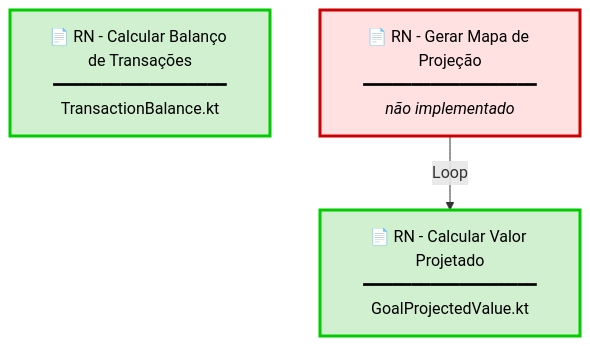
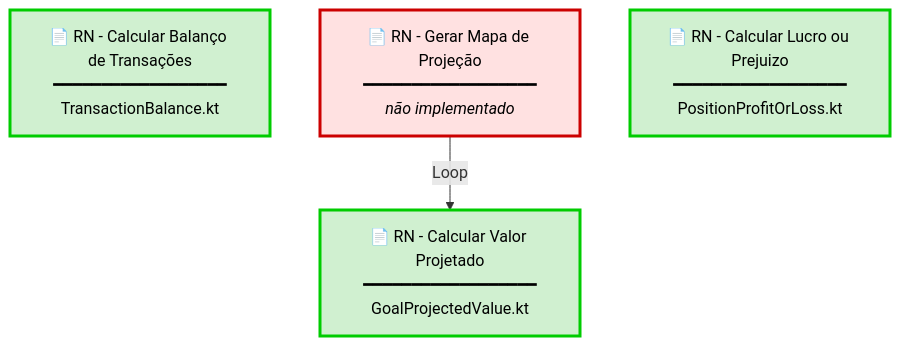
The diagram in docs/Modelagem das Regras de Negocio.md (enirsilvaferraz/Investments-KMP), drawn with Mermaid before and after one commit. The commit also changed other lines of this file and 1 other file, not shown here.

First line of the commit message:
docs: Implement and document Position Profit or Loss business rule

````diff
--- a/docs/Modelagem das Regras de Negocio.md
+++ b/docs/Modelagem das Regras de Negocio.md
@@ -9,12 +9,14 @@
 ```mermaid
 graph TB
     RN1["📄 RN - Calcular Balanço de Transações<br/>━━━━━━━━━━━━━━━━━━<br/>TransactionBalance.kt"]
     RN2["📄 RN - Calcular Valor Projetado<br/>━━━━━━━━━━━━━━━━━━<br/>GoalProjectedValue.kt"]
     RN3["📄 RN - Gerar Mapa de Projeção<br/>━━━━━━━━━━━━━━━━━━<br/><i>não implementado</i>"]
+    RN4["📄 RN - Calcular Lucro ou Prejuizo<br/>━━━━━━━━━━━━━━━━━━<br/>PositionProfitOrLoss.kt"]
     
     RN3 --> | Loop | RN2
     
     style RN1 fill:#d0f0d0,stroke:#00cc00,stroke-width:3px,color:#000
     style RN2 fill:#d0f0d0,stroke:#00cc00,stroke-width:3px,color:#000
     style RN3 fill:#ffe1e1,stroke:#cc0000,stroke-width:3px,color:#000
+    style RN4 fill:#d0f0d0,stroke:#00cc00,stroke-width:3px,color:#000
 ```
````
